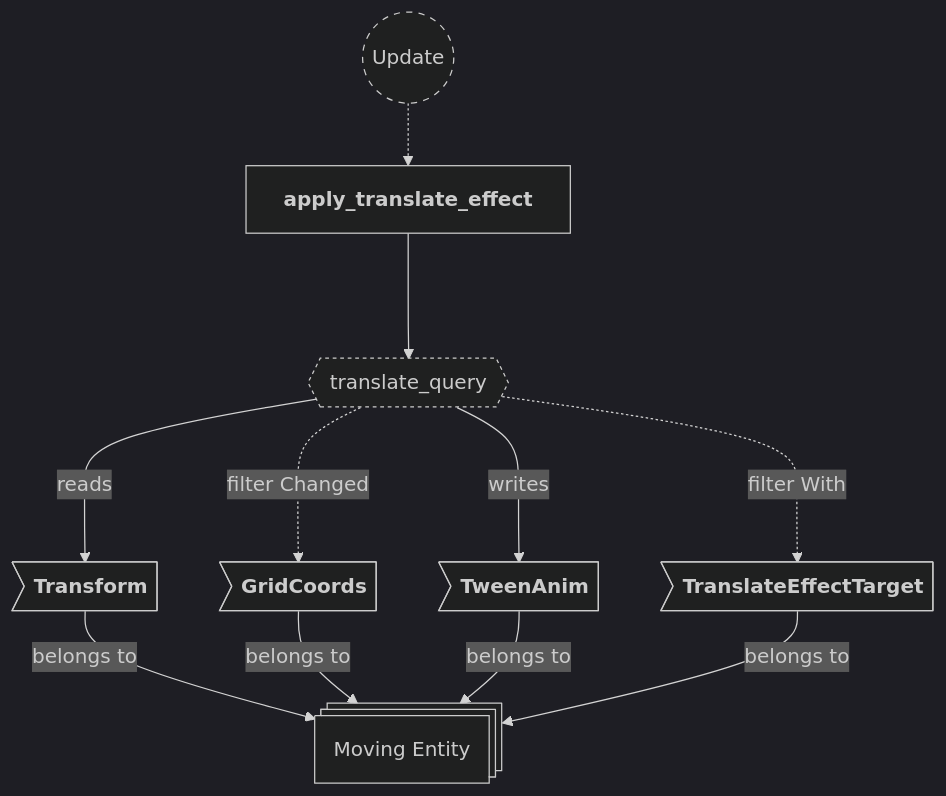
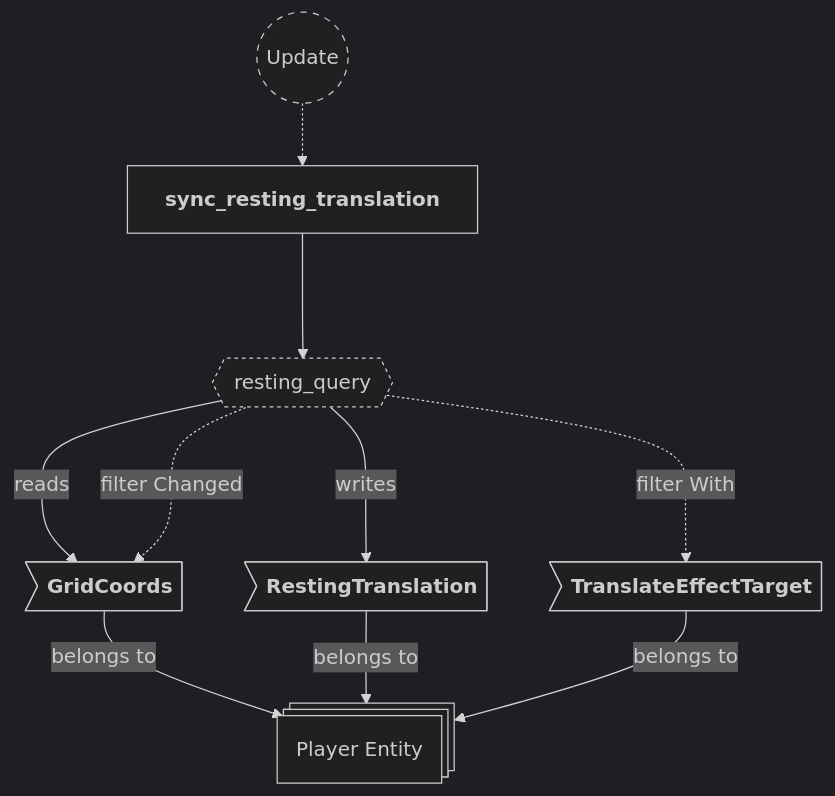
The sixth of 25 diagrams in backlog/docs/doc-10 - 008-Effects-plugin.md (neurosoup/tyled), drawn with Mermaid before and after one commit. The commit also changed other lines of this file and 14 other files, not shown here.

First line of the commit message:
Add beam-origin illumination and fix knockback transform-effect race

````diff
--- a/backlog/docs/doc-10 - 008-Effects-plugin.md
+++ b/backlog/docs/doc-10 - 008-Effects-plugin.md
@@ -259,30 +342,29 @@
 ```mermaid
 ---
 config:
   theme: dark
 ---
 
 flowchart TD
 classDef system-group stroke-dasharray: 5 5
 classDef query stroke-dasharray: 3 3
 
 update(("`Update`")):::system-group
-apply_translate_effect["`**apply_translate_effect**`"]
+sync_resting_translation["`**sync_resting_translation**`"]
 
-update -.-> apply_translate_effect
+update -.-> sync_resting_translation
 
-translate_query{{"`translate_query`"}}:::query
-apply_translate_effect ---> translate_query
+resting_query{{"`resting_query`"}}:::query
+sync_resting_translation ---> resting_query
 
-moving_entity@{ shape: st-rect, label: "Moving Entity" }
+player_entity@{ shape: st-rect, label: "Player Entity" }
 
-me_transform>"`**Transform**`"] --> |belongs to| moving_entity
-me_grid_coords>"`**GridCoords**`"] --> |belongs to| moving_entity
-me_tween_anim>"`**TweenAnim**`"] --> |belongs to| moving_entity
-me_marker>"`**TranslateEffectTarget**`"] --> |belongs to| moving_entity
+pe_coords>"`**GridCoords**`"] --> |belongs to| player_entity
+pe_resting>"`**RestingTranslation**`"] --> |belongs to| player_entity
+pe_marker>"`**TranslateEffectTarget**`"] --> |belongs to| player_entity
 
-translate_query ---> |reads| me_transform
-translate_query -..-> |filter Changed| me_grid_coords
-translate_query ---> |writes| me_tween_anim
-translate_query -..-> |filter With| me_marker
+resting_query ---> |reads| pe_coords
+resting_query -..-> |filter Changed| pe_coords
+resting_query -..-> |filter With| pe_marker
+resting_query ---> |writes| pe_resting
 ```
````
